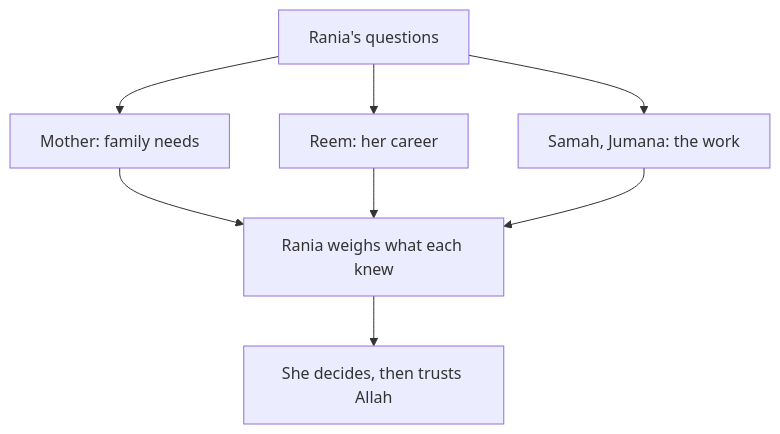
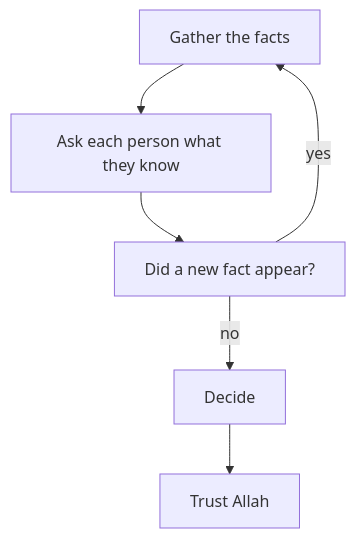
Before and after one commit to Muhammad-AnasKhan/Buildment: the diagram in content/import/faith-and-resilience/05-deciding-when-the-outcome-is-unclear/05.03-shura.md, drawn with Mermaid. The commit also changed other lines of this file and 23 other files, not shown here.

````diff
--- a/content/import/faith-and-resilience/05-deciding-when-the-outcome-is-unclear/05.03-shura.md
+++ b/content/import/faith-and-resilience/05-deciding-when-the-outcome-is-unclear/05.03-shura.md
@@ -83,10 +91,8 @@
 ```mermaid
 flowchart TD
-  Q["Rania's questions"] --> M["Mother: family needs"]
-  Q --> R["Reem: her career"]
-  Q --> W["Samah, Jumana: the work"]
-  M --> D["Rania weighs what each knew"]
-  R --> D
-  W --> D
-  D --> T["She decides, then trusts Allah"]
+  A["Gather the facts"] --> B["Ask each person what they know"]
+  B --> C["Did a new fact appear?"]
+  C -->|"yes"| A
+  C -->|"no"| D["Decide"]
+  D --> E["Trust Allah"]
 ```
````
